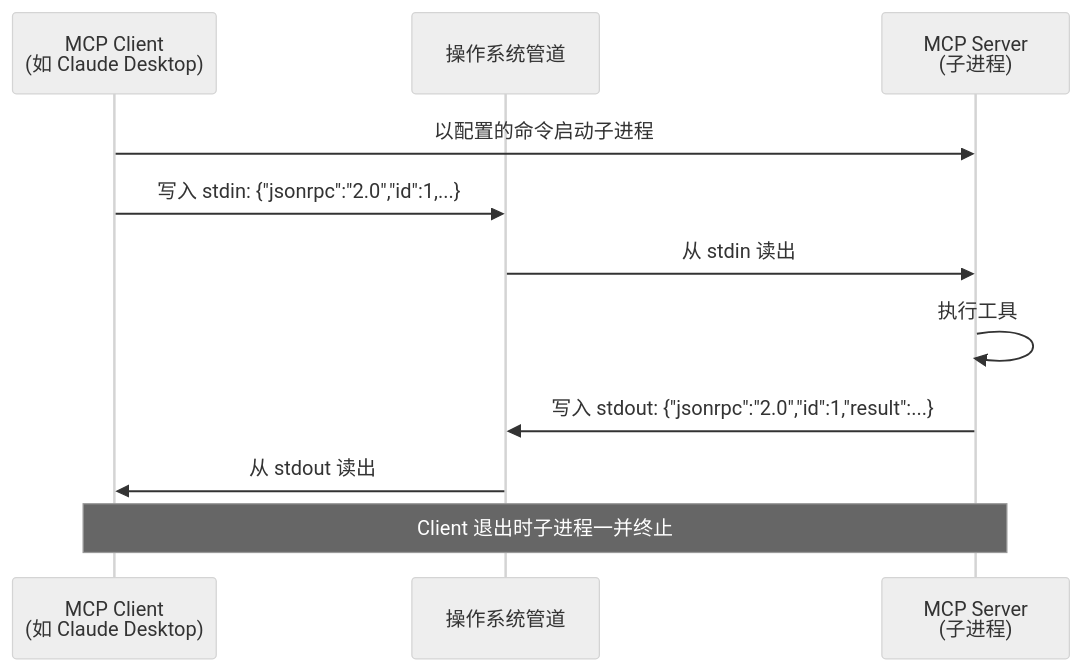
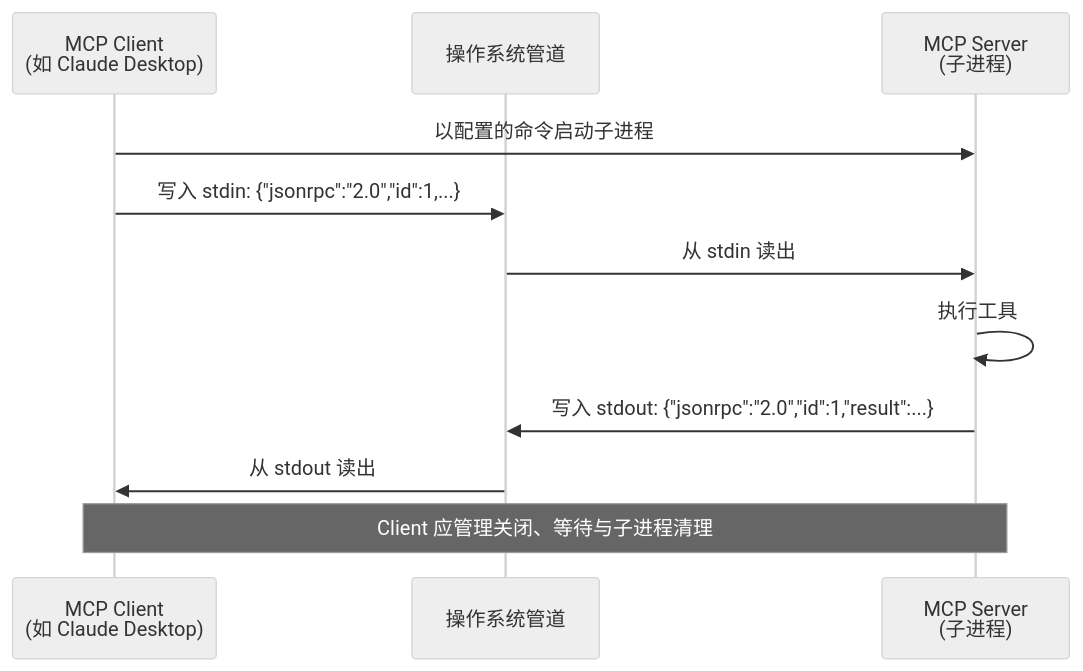
One commit to oneleaveknowsthefall/awesome-ai-roadmap changed the second of 4 diagrams in docs/tools/02-mcp/12-mcp-transport.md. Above: the diagram before and after it, drawn with Mermaid (neutral theme). The commit also changed other lines of this file and 50 other files, not shown here.

````diff
--- a/docs/tools/02-mcp/12-mcp-transport.md
+++ b/docs/tools/02-mcp/12-mcp-transport.md
@@ -75,14 +87,14 @@
 ```mermaid
 sequenceDiagram
     participant C as MCP Client<br/>(如 Claude Desktop)
     participant OS as 操作系统管道
     participant S as MCP Server<br/>(子进程)
 
     C->>S: 以配置的命令启动子进程
     C->>OS: 写入 stdin: {"jsonrpc":"2.0","id":1,...}
     OS->>S: 从 stdin 读出
     S->>S: 执行工具
     S->>OS: 写入 stdout: {"jsonrpc":"2.0","id":1,"result":...}
     OS->>C: 从 stdout 读出
-    Note over C,S: Client 退出时子进程一并终止
+    Note over C,S: Client 应管理关闭、等待与子进程清理
 ```
````
